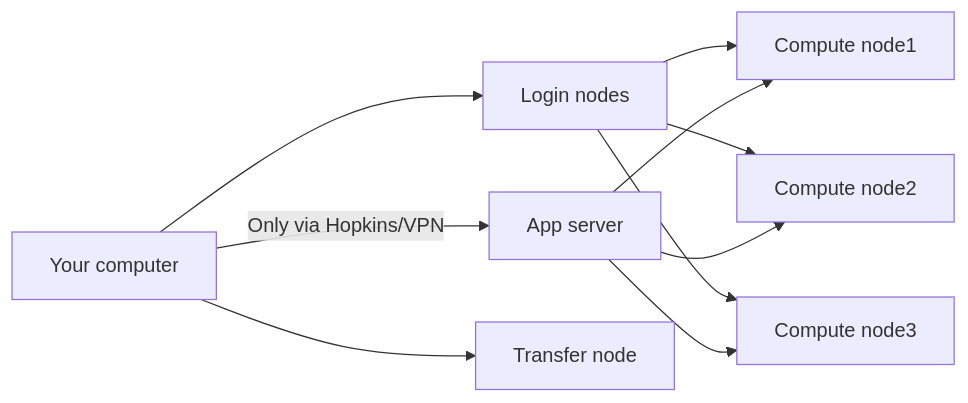
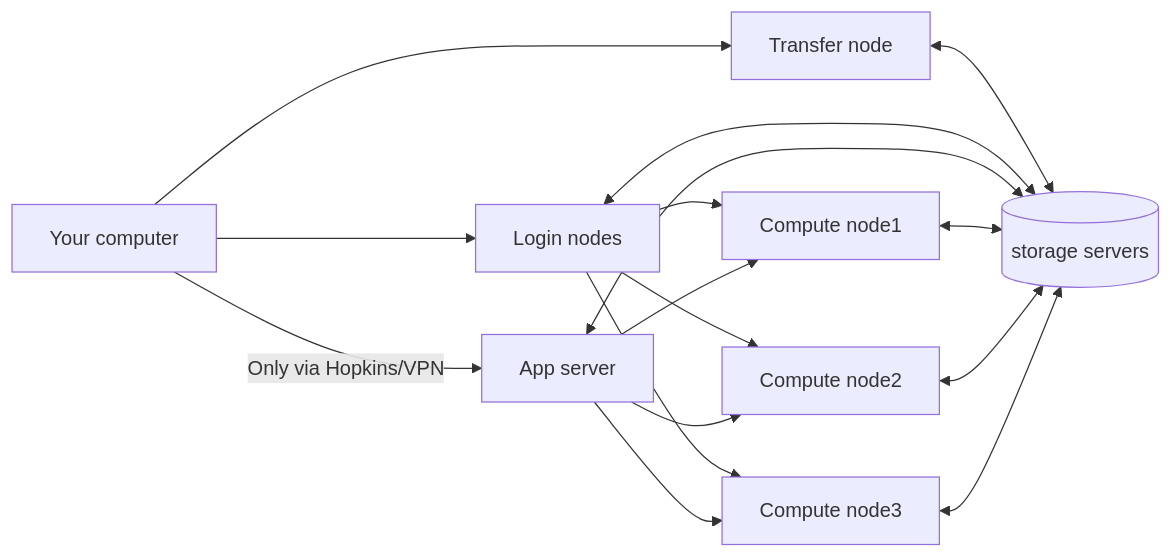
One commit to jhpce-jhu/jhpce_mkdocs changed the diagram in docs/access/access-overview.md. Above: the diagram before and after it, drawn with Mermaid. The commit also changed other lines of this file and 2 other files, not shown here.

````diff
--- a/docs/access/access-overview.md
+++ b/docs/access/access-overview.md
@@ -12,12 +12,19 @@
 ```mermaid
 graph LR
    A[Your computer] --> B[Login nodes]
    A[Your computer] -- Only via Hopkins/VPN --> D[App server]
    A[Your computer] --> C[Transfer node]
    B[Login nodes] --> E[Compute node1]
    D[App server] --> E[Compute node1]
    B[Login nodes] --> F[Compute node2]
    D[App server] --> F[Compute node2]
    B[Login nodes] --> G[Compute node3]
    D[App server] --> G[Compute node3]
+   C[Transfer node] <--> H[(storage servers)]
+   B[Login nodes] <--> H[(storage servers)]
+   D[App server] <--> H[(storage servers)]
+   E[Compute node1] <--> H[(storage servers)]
+   F[Compute node2] <--> H[(storage servers)]
+   G[Compute node3] <--> H[(storage servers)]
+   
 ```
````
